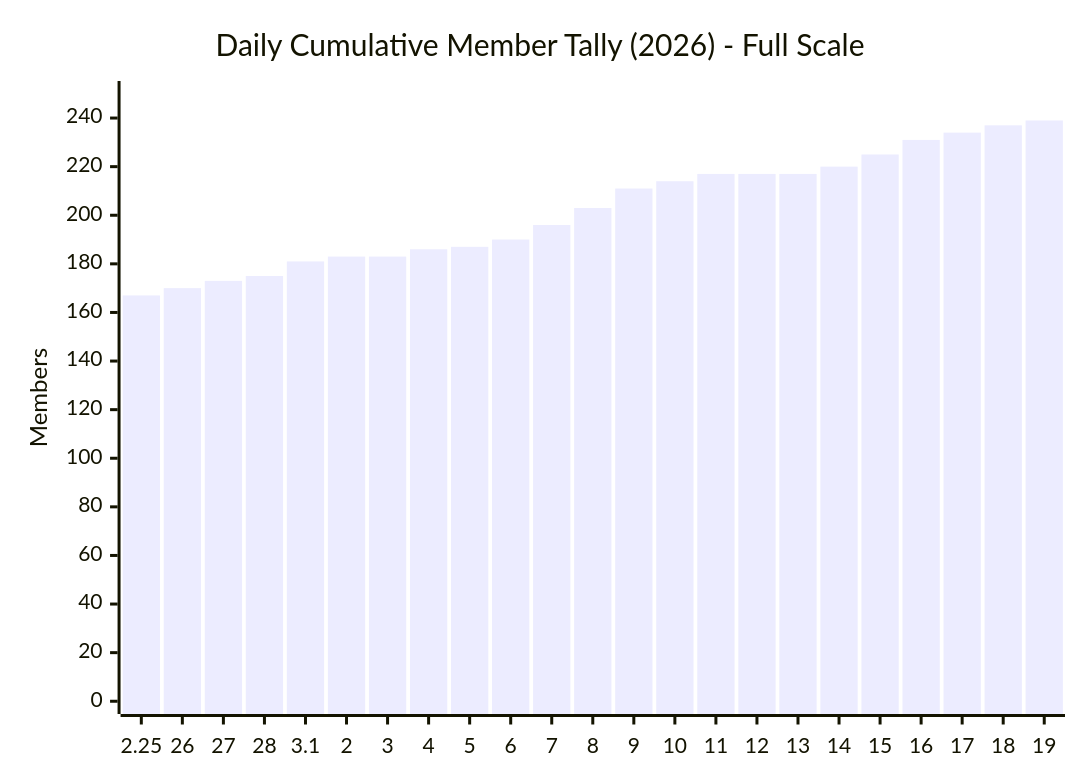
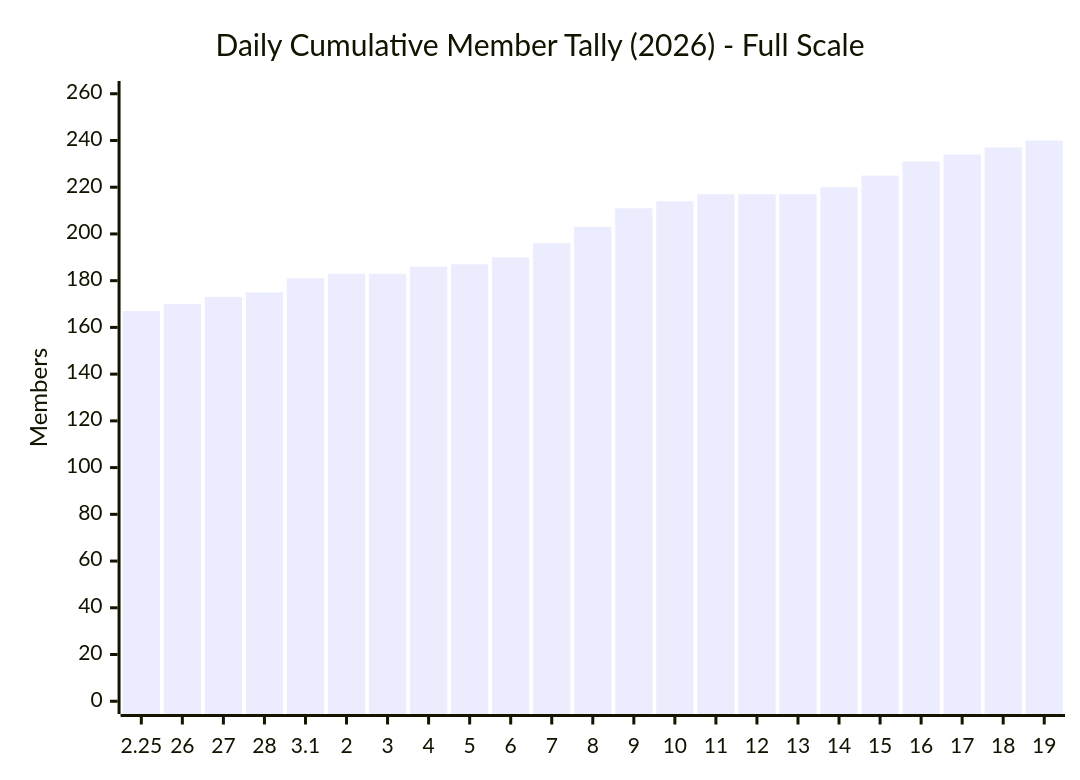
One commit to MattSherwood/March-web changed the first of 3 diagrams in exports/charts/daily-cumulative-member-tally-2026.md. Above: the diagram before and after it, drawn with Mermaid. The commit also changed other lines of this file and 4 other files, not shown here.

````diff
--- a/exports/charts/daily-cumulative-member-tally-2026.md
+++ b/exports/charts/daily-cumulative-member-tally-2026.md
@@ -5,7 +5,7 @@
 ```mermaid
 xychart-beta
     title "Daily Cumulative Member Tally (2026) - Full Scale"
   x-axis ["2.25", "26", "27", "28", "3.1", "2", "3", "4", "5", "6", "7", "8", "9", "10", "11", "12", "13", "14", "15", "16", "17", "18", "19"]
-  y-axis "Members" 0 --> 250
-  bar [167, 170, 173, 175, 181, 183, 183, 186, 187, 190, 196, 203, 211, 214, 217, 217, 217, 220, 225, 231, 234, 237, 239]
+  y-axis "Members" 0 --> 260
+  bar [167, 170, 173, 175, 181, 183, 183, 186, 187, 190, 196, 203, 211, 214, 217, 217, 217, 220, 225, 231, 234, 237, 240]
 ```
````
